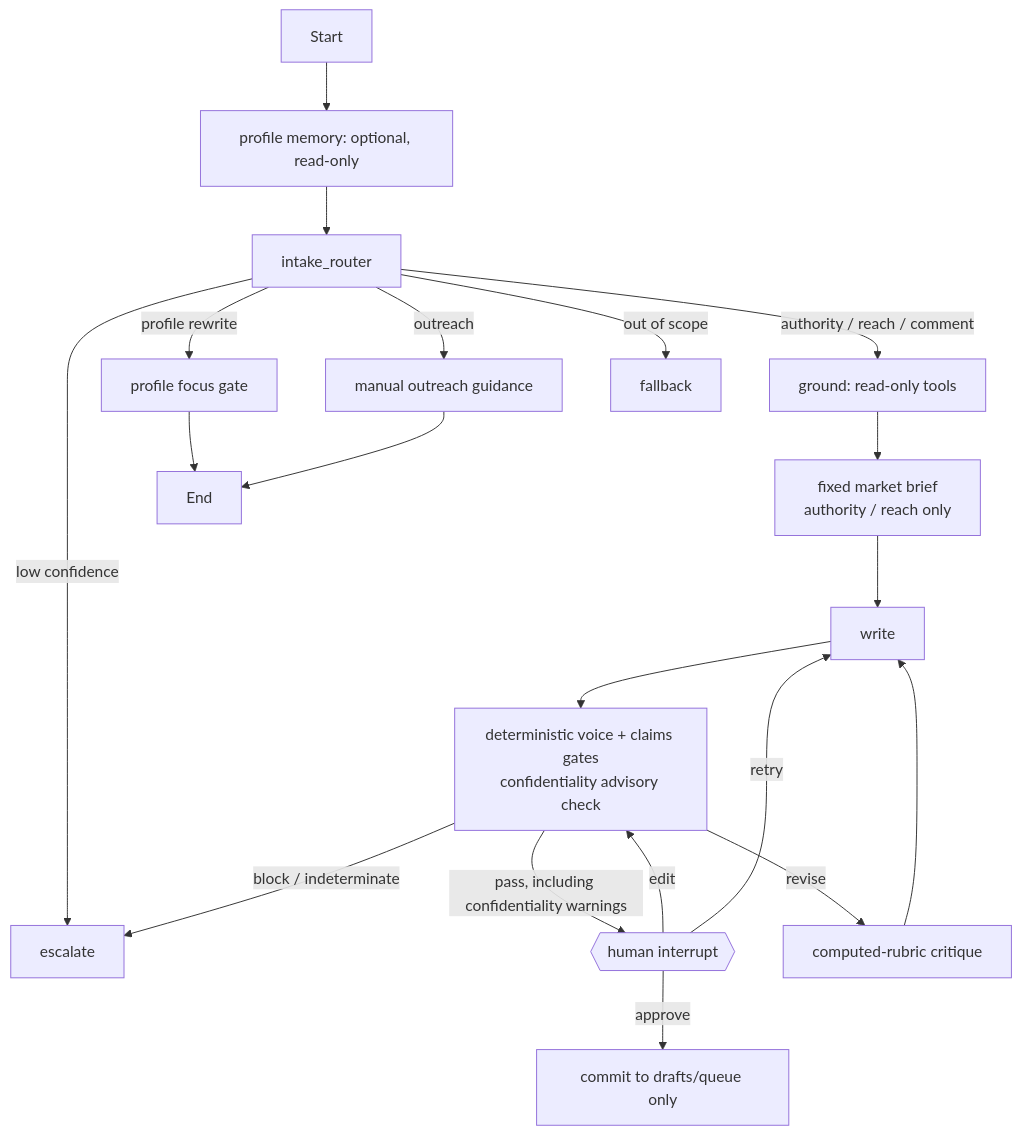
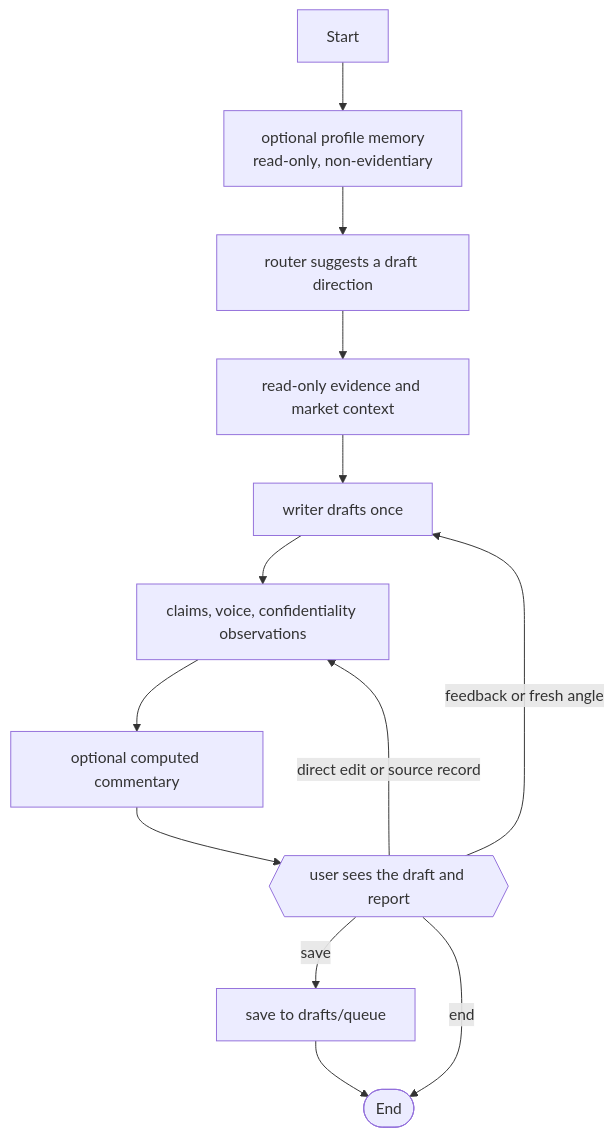
Before and after one commit to aiushe/linkedin-content-os: the diagram in docs/architecture.md, drawn with Mermaid. The commit also changed other lines of this file and 41 other files, not shown here.

First line of the commit message:
Refactor claims and voice reporting to advisory model; remove log_story tool

````diff
--- a/docs/architecture.md
+++ b/docs/architecture.md
@@ -14,22 +16,15 @@
 ```mermaid
 flowchart TD
-    Start --> Memory[profile memory: optional, read-only]
-    Memory --> Router[intake_router]
-    Router -->|authority / reach / comment| Ground[ground: read-only tools]
-    Router -->|profile rewrite| Profile[profile focus gate]
-    Router -->|outreach| Outreach[manual outreach guidance]
-    Router -->|low confidence| Escalate[escalate]
-    Router -->|out of scope| Fallback[fallback]
-    Ground --> Intel[fixed market brief\nauthority / reach only]
-    Intel --> Write[write]
-    Write --> Gate[deterministic voice + claims gates\nconfidentiality advisory check]
-    Gate -->|pass, including confidentiality warnings| HITL{{human interrupt}}
-    Gate -->|revise| Critique[computed-rubric critique]
-    Gate -->|block / indeterminate| Escalate
-    Critique --> Write
-    HITL -->|approve| Commit[commit to drafts/queue only]
-    HITL -->|edit| Gate
-    HITL -->|retry| Write
-    Profile --> End
-    Outreach --> End
+    Start --> Memory[optional profile memory\nread-only, non-evidentiary]
+    Memory --> Router[router suggests a draft direction]
+    Router --> Ground[read-only evidence and market context]
+    Ground --> Write[writer drafts once]
+    Write --> Observe[claims, voice, confidentiality observations]
+    Observe --> Critique[optional computed commentary]
+    Critique --> Review{{user sees the draft and report}}
+    Review -->|feedback or fresh angle| Write
+    Review -->|direct edit or source record| Observe
+    Review -->|save| Commit[save to drafts/queue]
+    Review -->|end| End([End])
+    Commit --> End
 ```
````
